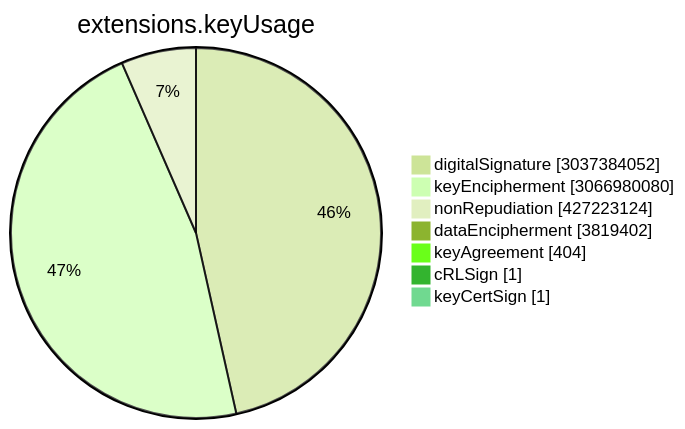
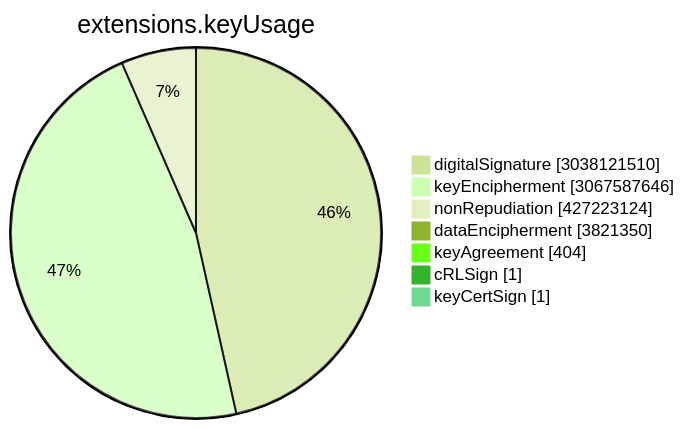
Before and after one commit to christiankrug/ctmonitor_visualization: the sixth of 15 diagrams in TOTAL/README.md, drawn with Mermaid (forest theme). The commit also changed other lines of this file, not shown here.

````diff
--- a/TOTAL/README.md
+++ b/TOTAL/README.md
@@ -3077,11 +3077,11 @@
 ```mermaid
 pie showData
 title extensions.keyUsage
-"digitalSignature" :3037384052
-"keyEncipherment" :3066980080
+"digitalSignature" :3038121510
+"keyEncipherment" :3067587646
 "nonRepudiation" :427223124
-"dataEncipherment" :3819402
+"dataEncipherment" :3821350
 "keyAgreement" :404
 "cRLSign" :1
 "keyCertSign" :1
 ```
````
